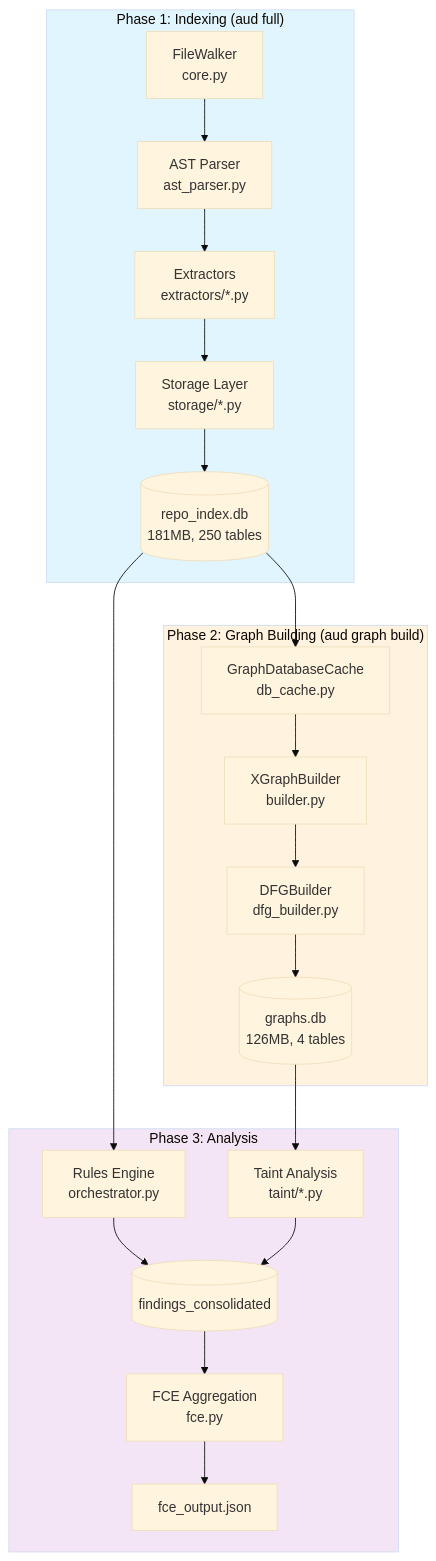
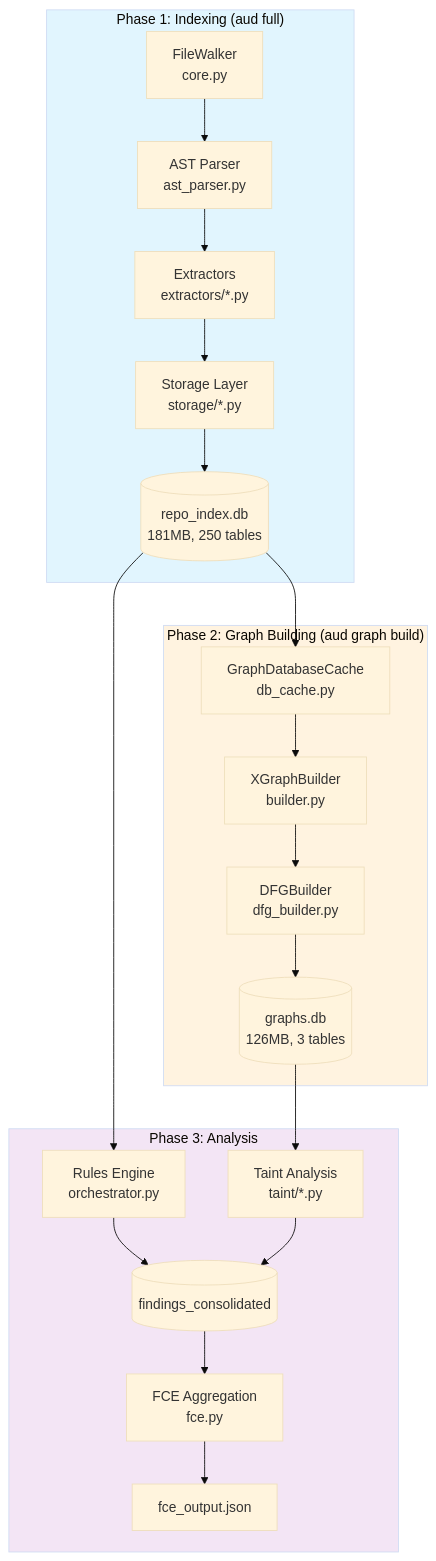
One commit to TheAuditorTool/Auditor changed the first of 19 diagrams in System_flows.md. Above: the diagram before and after it, drawn with Mermaid (base theme). The commit also changed other lines of this file and 5 other files, not shown here.

````diff
--- a/System_flows.md
+++ b/System_flows.md
@@ -31,29 +31,29 @@
 ```mermaid
 flowchart TB
     subgraph Phase1["Phase 1: Indexing (aud full)"]
         FW[FileWalker<br/>core.py] --> AST[AST Parser<br/>ast_parser.py]
         AST --> EXT[Extractors<br/>extractors/*.py]
         EXT --> STORE[Storage Layer<br/>storage/*.py]
         STORE --> DB1[(repo_index.db<br/>181MB, 250 tables)]
     end
 
     subgraph Phase2["Phase 2: Graph Building (aud graph build)"]
         DB1 --> CACHE[GraphDatabaseCache<br/>db_cache.py]
         CACHE --> BUILD[XGraphBuilder<br/>builder.py]
         BUILD --> DFG[DFGBuilder<br/>dfg_builder.py]
-        DFG --> DB2[(graphs.db<br/>126MB, 4 tables)]
+        DFG --> DB2[(graphs.db<br/>126MB, 3 tables)]
     end
 
     subgraph Phase3["Phase 3: Analysis"]
         DB1 --> RULES[Rules Engine<br/>orchestrator.py]
         DB2 --> TAINT[Taint Analysis<br/>taint/*.py]
         RULES --> FIND[(findings_consolidated)]
         TAINT --> FIND
         FIND --> FCE[FCE Aggregation<br/>fce.py]
         FCE --> OUT[fce_output.json]
     end
 
     style Phase1 fill:#e1f5fe
     style Phase2 fill:#fff3e0
     style Phase3 fill:#f3e5f5
 ```
````
